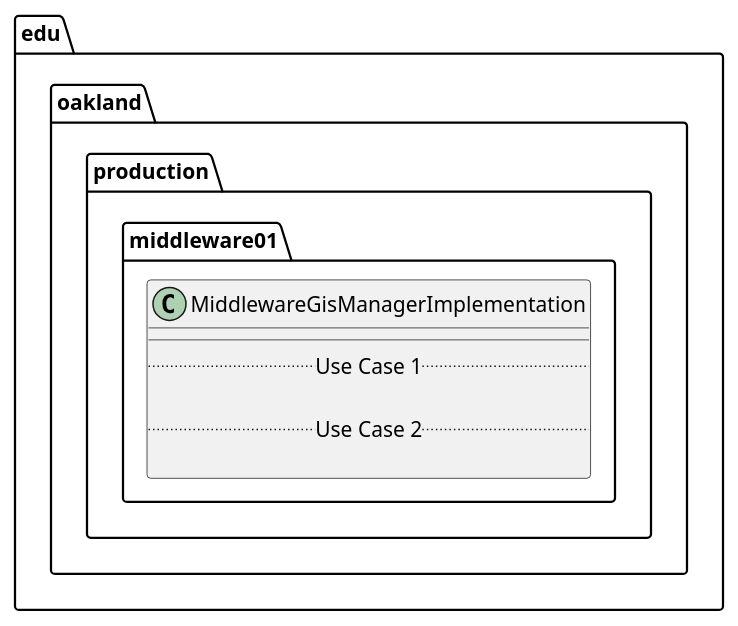
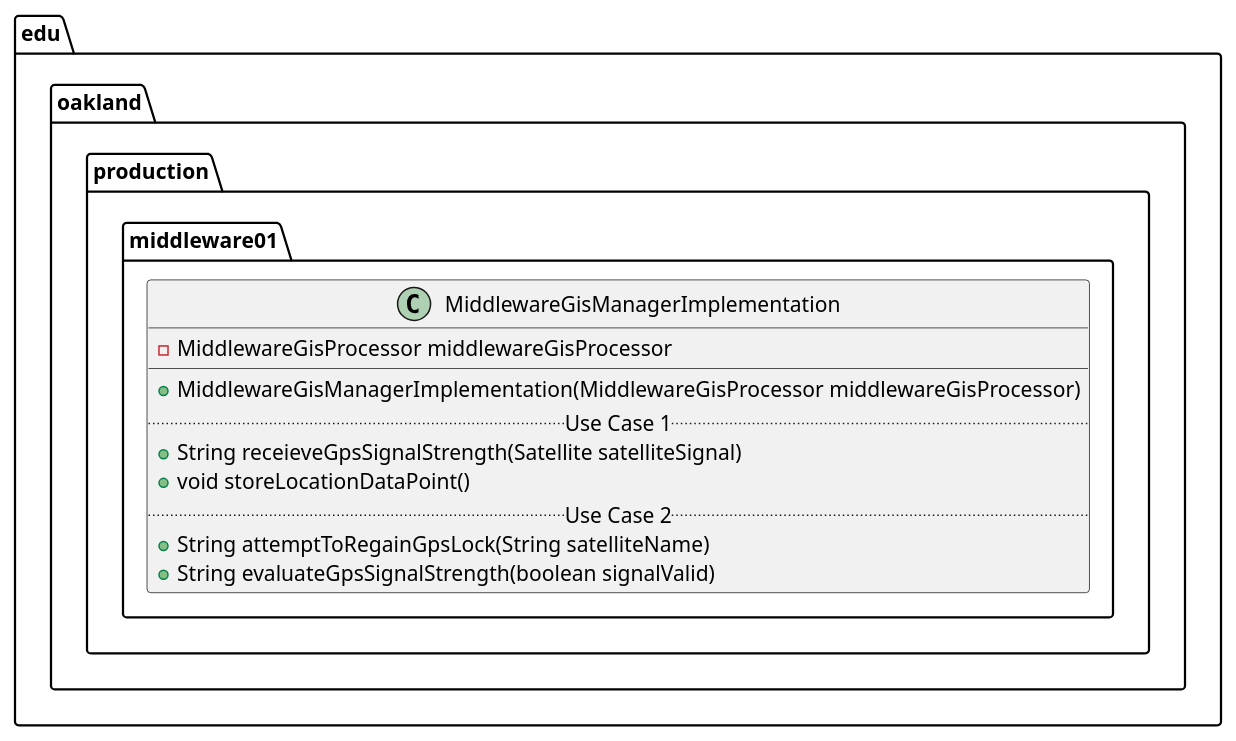
One commit to andrewdimmer/csi-3370-software-project changed the diagram in docs/uml-class-diagrams/middleware01/production/MiddlewareGisManagerImplementation/MiddlewareGisManagerImplementation.puml. Above: the diagram before and after it, drawn with PlantUML. The commit also changed 4 other files, not shown here.

Commit message:
[Middleware_01] Added Class/Middleware01 Classes UML Class Diagram

```diff
--- a/docs/uml-class-diagrams/middleware01/production/MiddlewareGisManagerImplementation/MiddlewareGisManagerImplementation.puml
+++ b/docs/uml-class-diagrams/middleware01/production/MiddlewareGisManagerImplementation/MiddlewareGisManagerImplementation.puml
@@ -1,13 +1,17 @@
 @startuml MiddlewareGisManagerImplementation
 
 package edu.oakland.production.middleware01 {
     class MiddlewareGisManagerImplementation {
+        - MiddlewareGisProcessor middlewareGisProcessor
         __
+        + MiddlewareGisManagerImplementation(MiddlewareGisProcessor middlewareGisProcessor)
         .. Use Case 1 ..
-
+        + String receieveGpsSignalStrength(Satellite satelliteSignal)
+        + void storeLocationDataPoint()
         .. Use Case 2 ..
-
+        + String attemptToRegainGpsLock(String satelliteName)
+        + String evaluateGpsSignalStrength(boolean signalValid)
     }
 }
 
 @enduml
```
